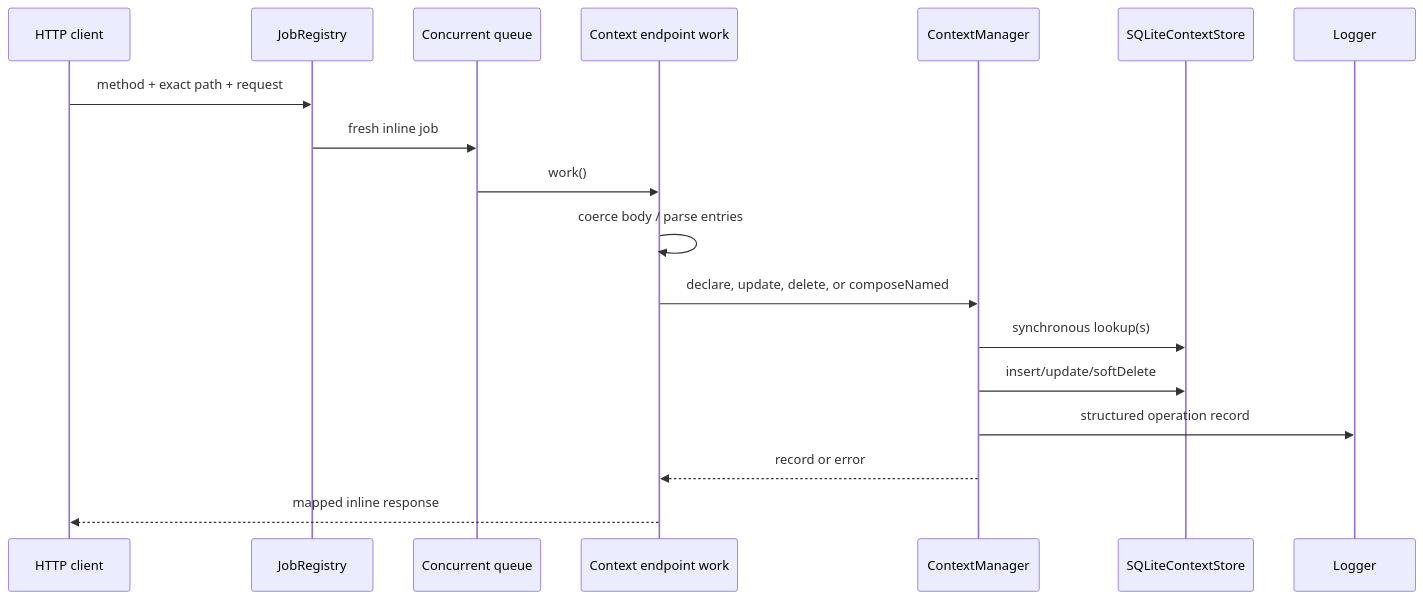
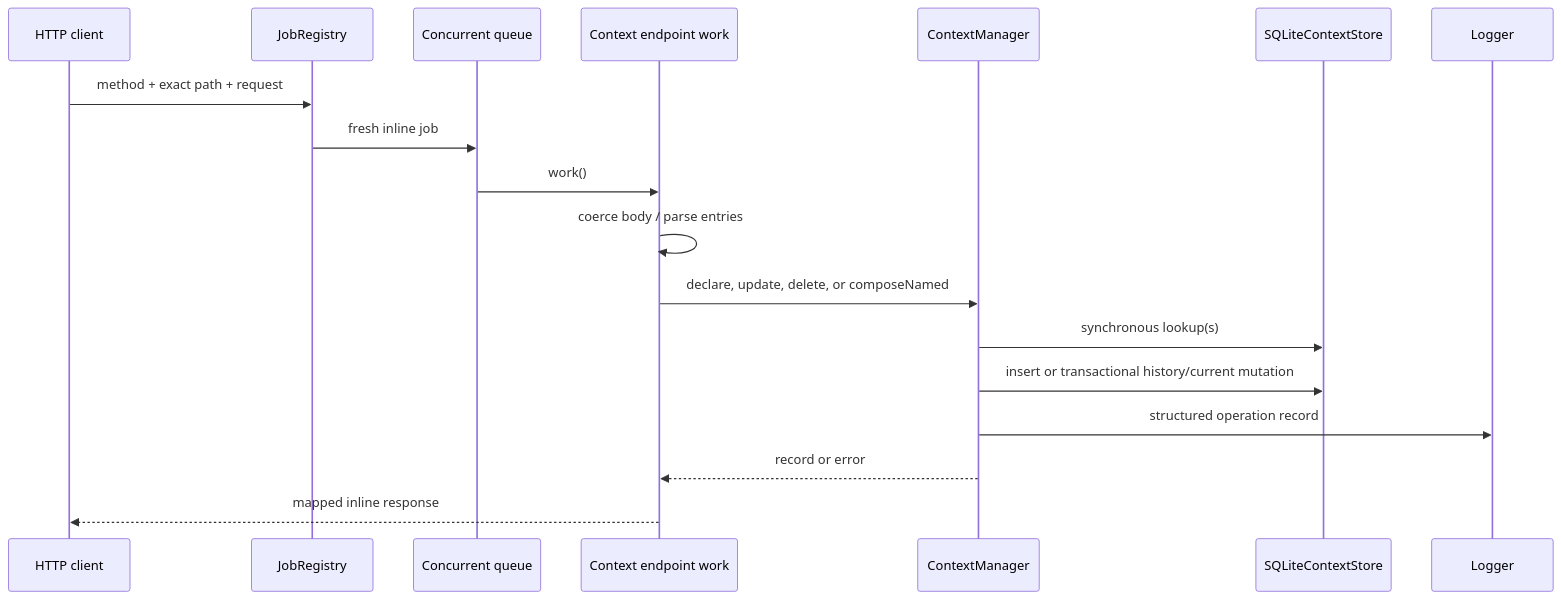
The first of 2 diagrams in apps/backend/src/3-capabilities/context/docs/flows.md (gccurtis/icarus), drawn with Mermaid before and after one commit. The commit also changed other lines of this file and 88 other files, not shown here.

````diff
--- a/apps/backend/src/3-capabilities/context/docs/flows.md
+++ b/apps/backend/src/3-capabilities/context/docs/flows.md
@@ -27,20 +35,20 @@
 ```mermaid
 sequenceDiagram
   participant C as HTTP client
   participant R as JobRegistry
   participant Q as Concurrent queue
   participant E as Context endpoint work
   participant M as ContextManager
   participant S as SQLiteContextStore
   participant L as Logger
   C->>R: method + exact path + request
   R->>Q: fresh inline job
   Q->>E: work()
   E->>E: coerce body / parse entries
   E->>M: declare, update, delete, or composeNamed
   M->>S: synchronous lookup(s)
-  M->>S: insert/update/softDelete
+  M->>S: insert or transactional history/current mutation
   M->>L: structured operation record
   M-->>E: record or error
   E-->>C: mapped inline response
 ```
````
